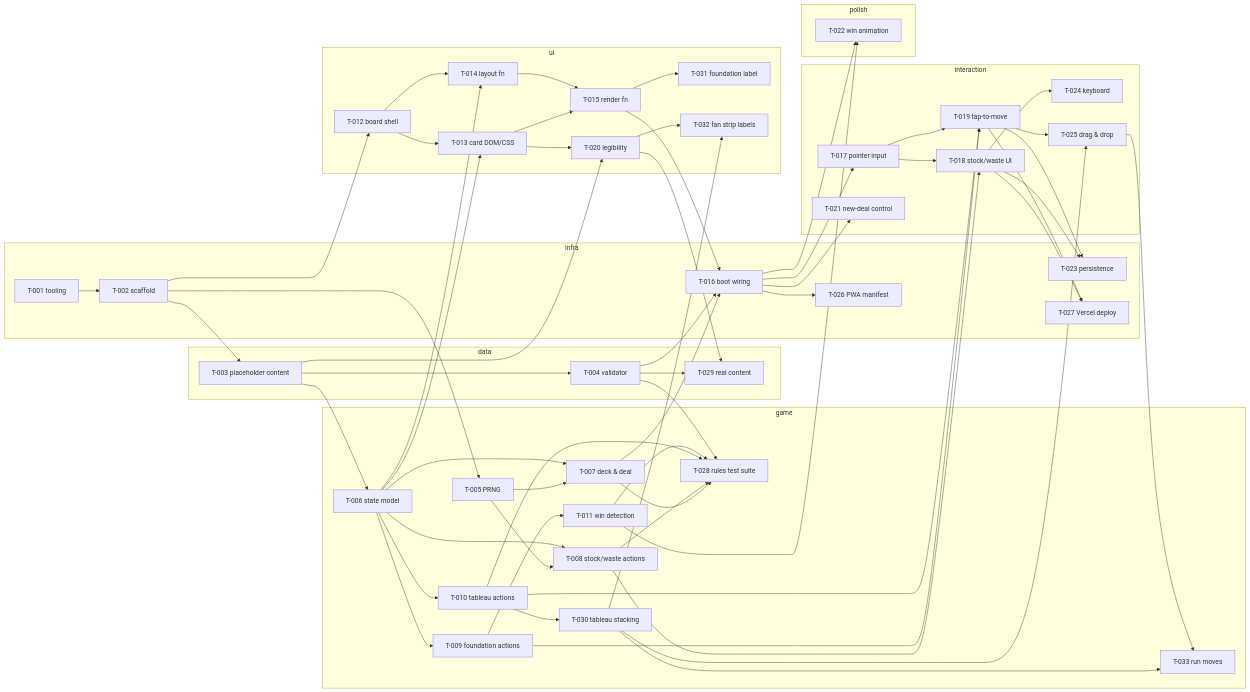
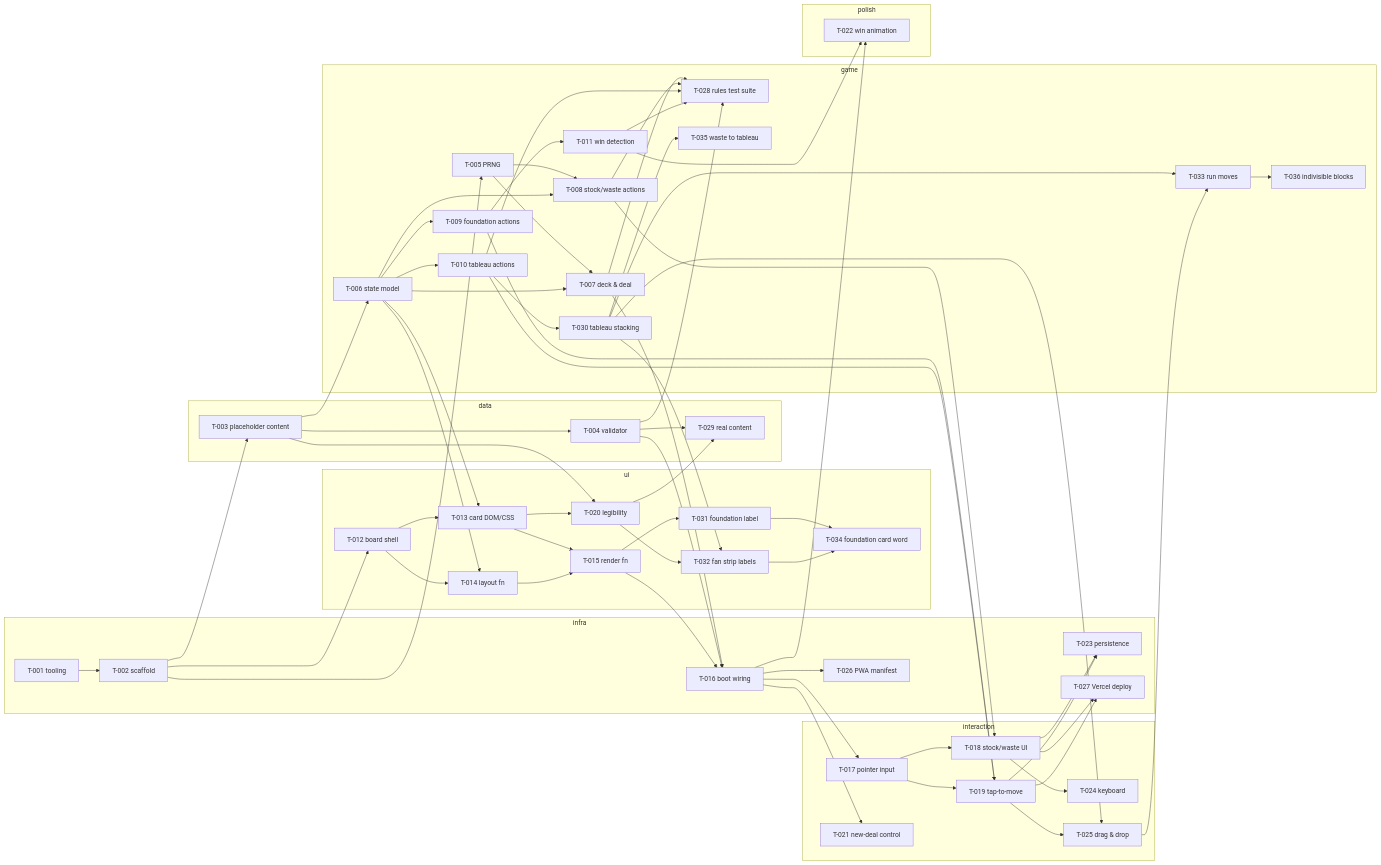
The diagram in backlog/README.md (rainierraydan/word-solitaire-game), drawn with Mermaid before and after one commit. The commit also changed other lines of this file and 5 other files, not shown here.

```diff
--- a/backlog/README.md
+++ b/backlog/README.md
@@ -105,6 +108,8 @@
     T028[T-028 rules test suite]
     T030[T-030 tableau stacking]
     T033[T-033 run moves]
+    T035[T-035 waste to tableau]
+    T036[T-036 indivisible blocks]
   end
   subgraph ui
     T012[T-012 board shell]
@@ -114,6 +119,7 @@
     T020[T-020 legibility]
     T031[T-031 foundation label]
     T032[T-032 fan strip labels]
+    T034[T-034 foundation card word]
   end
   subgraph interaction
     T017[T-017 pointer input]
@@ -158,6 +164,10 @@
   T030 --> T033
   T025 --> T033
   T020 --> T032
+  T031 --> T034
+  T032 --> T034
+  T030 --> T035
+  T033 --> T036
   T010 --> T028
   T011 --> T022
   T011 --> T028
```
